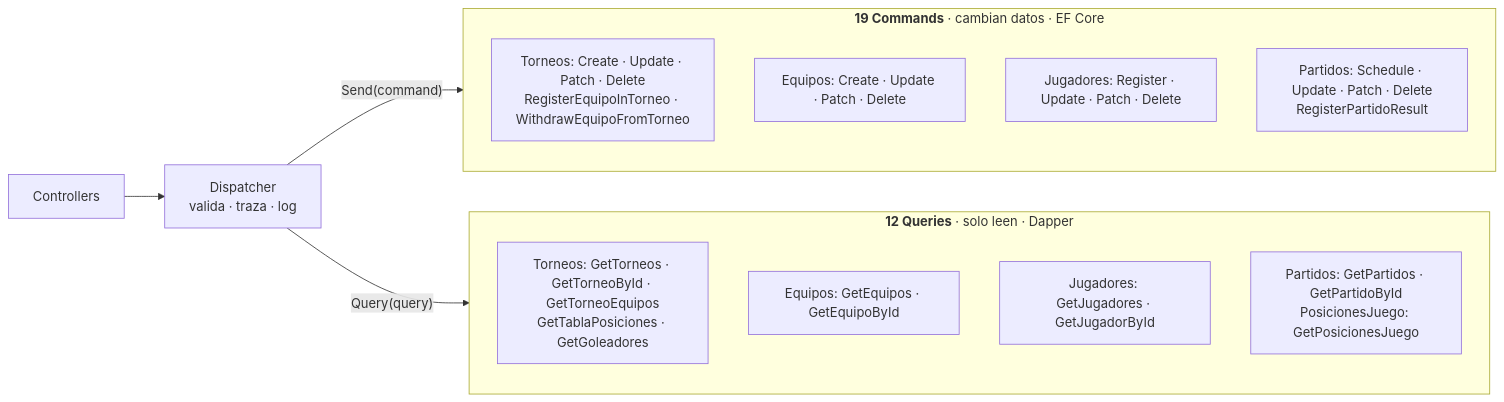
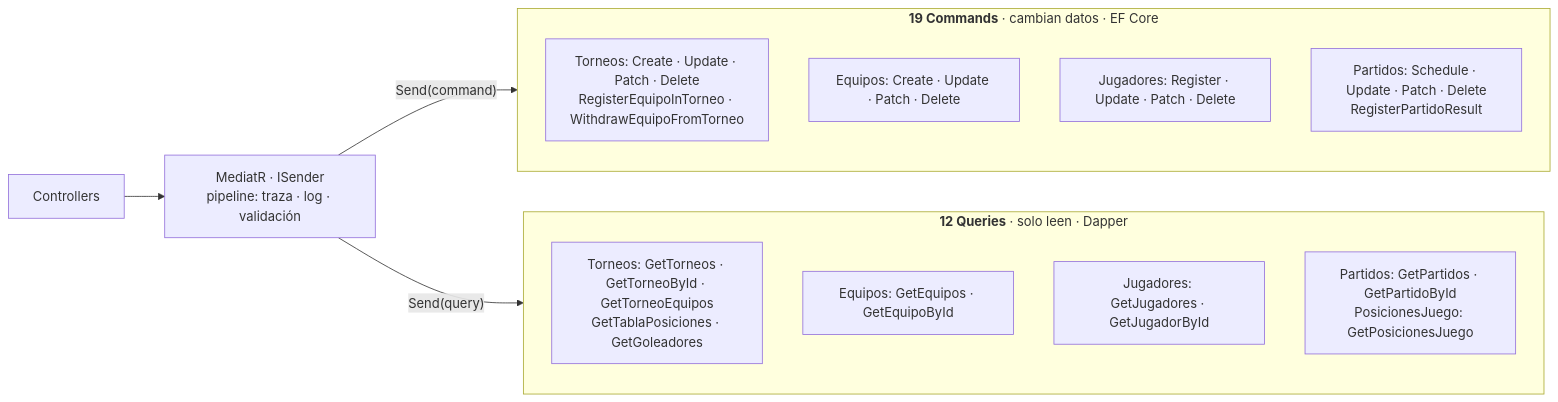
The fifth of 14 diagrams in Arquitectura/README.md (CsarGR-Dev/MundialitoCorporativo-), drawn with Mermaid before and after one commit. The commit also changed other lines of this file and 33 other files, not shown here.

First line of the commit message:
refactor(application): CQRS con MediatR 12.5 y pipeline behaviors

````diff
--- a/Arquitectura/README.md
+++ b/Arquitectura/README.md
@@ -163,21 +163,21 @@
 ```mermaid
 flowchart LR
-    C["Controllers"] --> D["Dispatcher<br/>valida · traza · log"]
+    C["Controllers"] --> D["MediatR · ISender<br/>pipeline: traza · log · validación"]
 
     subgraph W["<b>19 Commands</b> · cambian datos · EF Core"]
         W1["Torneos: Create · Update · Patch · Delete<br/>RegisterEquipoInTorneo · WithdrawEquipoFromTorneo"]
         W2["Equipos: Create · Update · Patch · Delete"]
         W3["Jugadores: Register · Update · Patch · Delete"]
         W4["Partidos: Schedule · Update · Patch · Delete<br/>RegisterPartidoResult"]
     end
 
     subgraph R["<b>12 Queries</b> · solo leen · Dapper"]
         R1["Torneos: GetTorneos · GetTorneoById · GetTorneoEquipos<br/>GetTablaPosiciones · GetGoleadores"]
         R2["Equipos: GetEquipos · GetEquipoById"]
         R3["Jugadores: GetJugadores · GetJugadorById"]
         R4["Partidos: GetPartidos · GetPartidoById<br/>PosicionesJuego: GetPosicionesJuego"]
     end
 
     D -->|"Send(command)"| W
-    D -->|"Query(query)"| R
+    D -->|"Send(query)"| R
 ```
````
